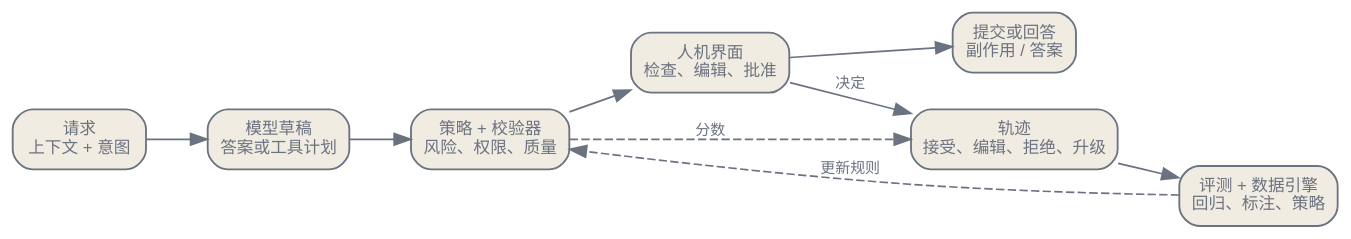
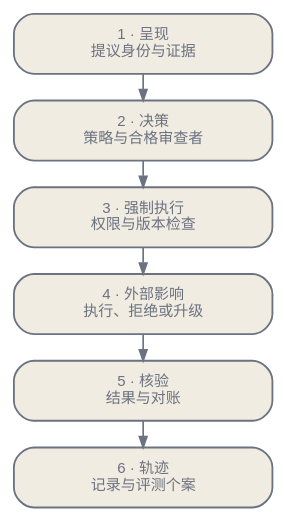
Before and after one commit to latere-ai/ai-as-an-infrastructure: the diagram in zh/practice/11-human-interface-oversight.qmd, drawn with Graphviz. The commit also changed other lines of this file and 4 other files, not shown here.

````diff
--- a/zh/practice/11-human-interface-oversight.qmd
+++ b/zh/practice/11-human-interface-oversight.qmd
@@ -15,24 +31,20 @@
 ```{dot}
 //| label: fig-human-interface-control-plane
-//| fig-cap: "作为控制面的界面。模型输出、策略检查、界面审查、副作用与轨迹捕获形成一条回路；界面正是人可以改变路径的地方。"
+//| fig-cap: "只有当决定在提交时得到强制执行，而且产生的影响经过核验，监督界面才构成有效控制。每一次状态转换都写入同一条轨迹。"
 digraph oversight {
-  rankdir=LR;
+  rankdir=TB;
   bgcolor="transparent";
-  node [shape=box, style="rounded,filled", fontname="Helvetica", fontsize=10, color="#6b7280", fontcolor="#6b7280", fillcolor="#f1ece1", penwidth=1.1];
-  edge [color="#6b7280", fontcolor="#6b7280", fontsize=9];
+  graph [nodesep=0.12, ranksep=0.22, pad=0.04];
+  node [shape=box, style="rounded,filled", width=2.15, margin="0.08,0.05", fontname="Helvetica", fontsize=9, color="#6b7280", fontcolor="#6b7280", fillcolor="#f1ece1", penwidth=1.1];
+  edge [color="#6b7280", arrowsize=0.65];
 
-  req [label="请求\n上下文 + 意图"];
-  draft [label="模型草稿\n答案或工具计划"];
-  check [label="策略 + 校验器\n风险、权限、质量"];
-  ui [label="人机界面\n检查、编辑、批准"];
-  act [label="提交或回答\n副作用 / 答案"];
-  trace [label="轨迹\n接受、编辑、拒绝、升级"];
-  eval [label="评测 + 数据引擎\n回归、标注、策略"];
+  proposal [label="1 · 呈现\n提议身份与证据"];
+  decision [label="2 · 决策\n策略与合格审查者"];
+  commit [label="3 · 强制执行\n权限与版本检查"];
+  effect [label="4 · 外部影响\n执行、拒绝或升级"];
+  outcome [label="5 · 核验\n结果与对账"];
+  trace [label="6 · 轨迹\n记录与评测个案"];
 
-  req -> draft -> check -> ui -> act;
-  ui -> trace [label="决定"];
-  check -> trace [style=dashed, label="分数"];
-  trace -> eval;
-  eval -> check [style=dashed, label="更新规则"];
+  proposal -> decision -> commit -> effect -> outcome -> trace;
 }
 ```
````
